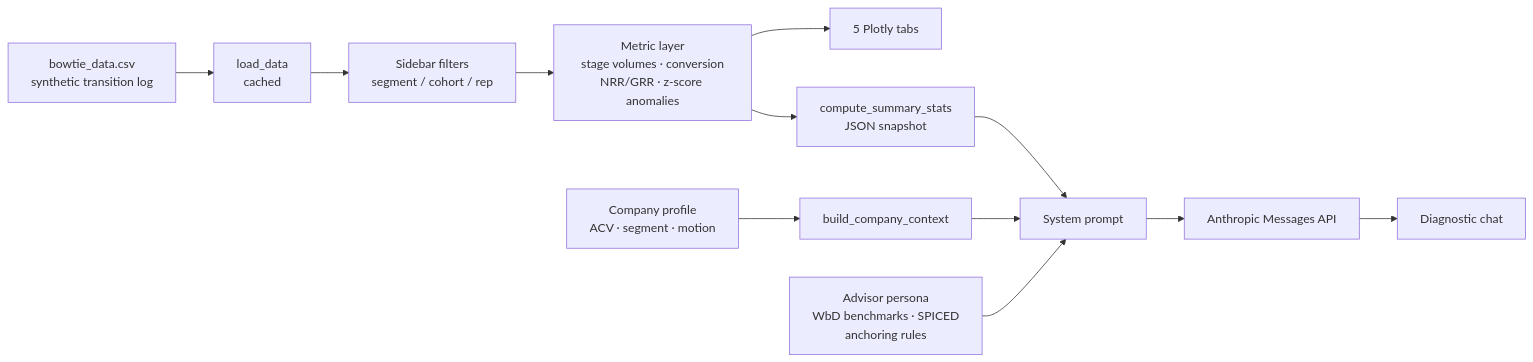
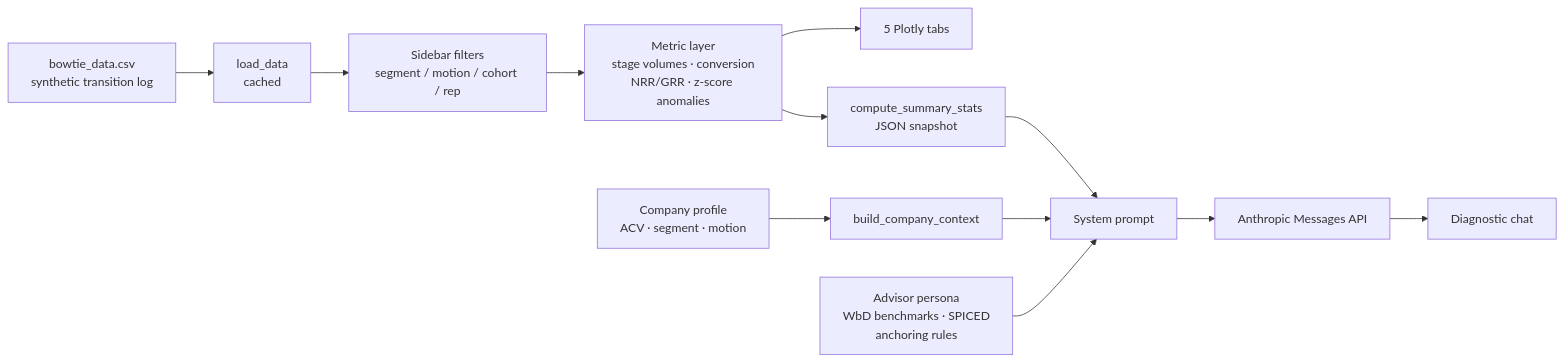
The diagram in README.md (tom-norton/gtm-health-diagnostic), drawn with Mermaid before and after one commit. The commit also changed other lines of this file and 5 other files, not shown here.

````diff
--- a/README.md
+++ b/README.md
@@ -31,14 +31,14 @@
 ```mermaid
 flowchart LR
     CSV[bowtie_data.csv<br/>synthetic transition log] --> LOAD[load_data<br/>cached]
-    LOAD --> FILTER[Sidebar filters<br/>segment / cohort / rep]
+    LOAD --> FILTER[Sidebar filters<br/>segment / motion / cohort / rep]
     FILTER --> METRICS[Metric layer<br/>stage volumes · conversion<br/>NRR/GRR · z-score anomalies]
     METRICS --> TABS[5 Plotly tabs]
     METRICS --> SNAP[compute_summary_stats<br/>JSON snapshot]
     PROFILE[Company profile<br/>ACV · segment · motion] --> CTX[build_company_context]
     SNAP --> SYS[System prompt]
     CTX --> SYS
     PERSONA[Advisor persona<br/>WbD benchmarks · SPICED<br/>anchoring rules] --> SYS
     SYS --> API[Anthropic Messages API]
     API --> CHAT[Diagnostic chat]
 ```
````
